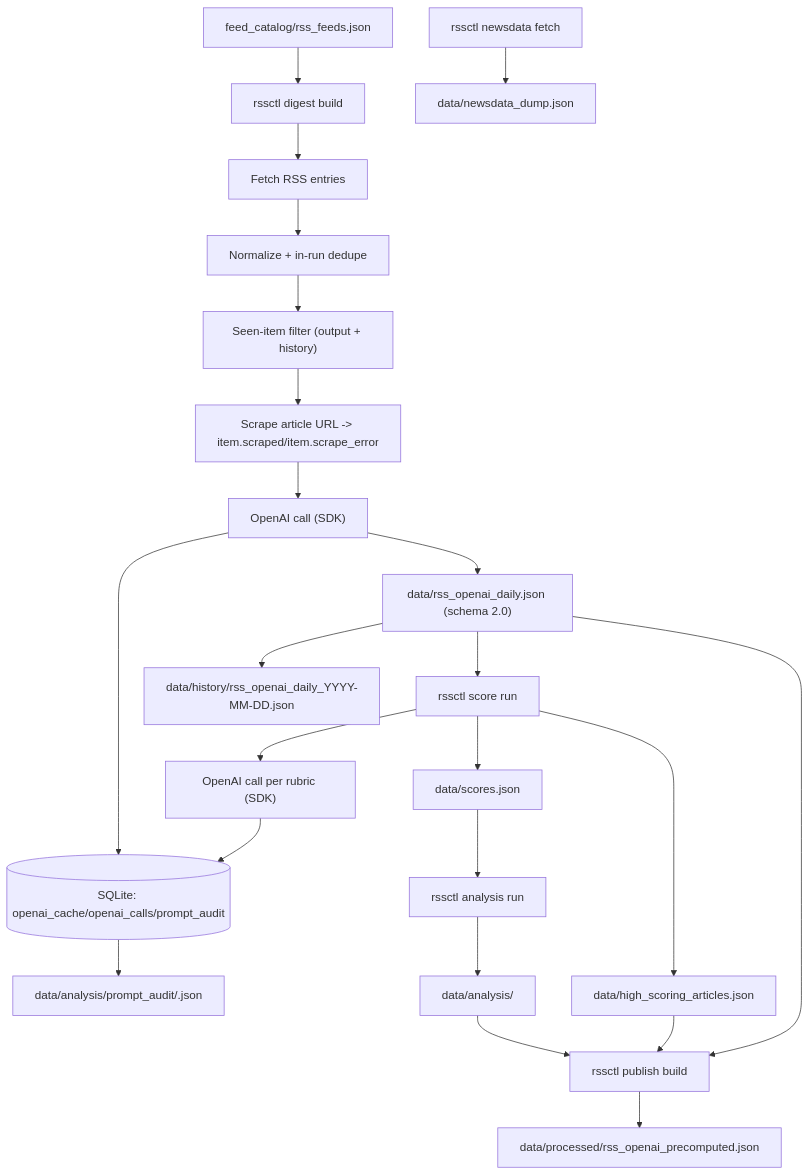
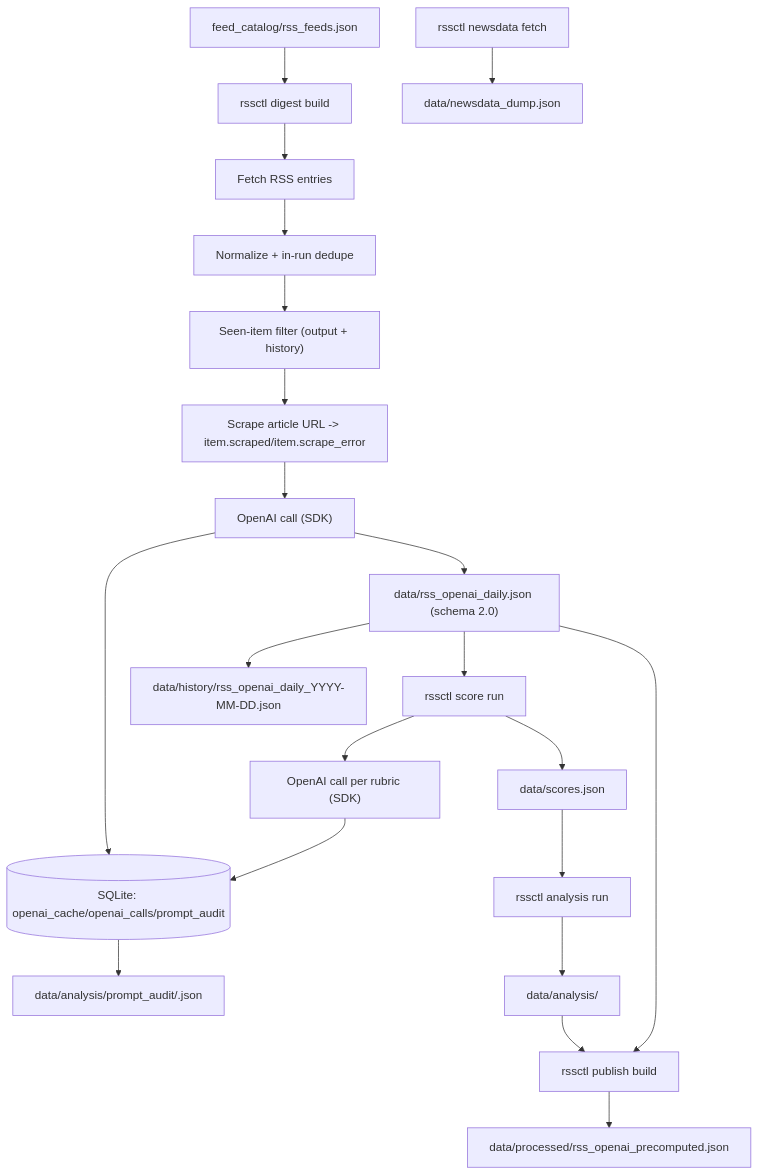
One commit to Distinction-Projects/RSS_Feeds changed the second of 3 diagrams in workflow_diagram.md. Above: the diagram before and after it, drawn with Mermaid. The commit also changed 35 other files, not shown here.

First line of the commit message:
Refactor scoring pipeline: remove high scores output, update scoring logic, and enhance prompt structure

````diff
--- a/workflow_diagram.md
+++ b/workflow_diagram.md
@@ -48,28 +48,26 @@
 ```mermaid
 flowchart TD
   Catalog["feed_catalog/rss_feeds.json"] --> Digest["rssctl digest build"]
   Digest --> Fetch["Fetch RSS entries"]
   Fetch --> Normalize["Normalize + in-run dedupe"]
   Normalize --> SeenFilter["Seen-item filter (output + history)"]
   SeenFilter --> Scrape["Scrape article URL -> item.scraped/item.scrape_error"]
   Scrape --> Summarize["OpenAI call (SDK)"]
   Summarize --> Cache[("SQLite: openai_cache/openai_calls/prompt_audit")]
   Summarize --> Daily["data/rss_openai_daily.json (schema 2.0)"]
   Daily --> History["data/history/rss_openai_daily_YYYY-MM-DD.json"]
   Cache --> PromptExport["data/analysis/prompt_audit/<run_id>.json"]
 
   Daily --> Score["rssctl score run"]
   Score --> ScoreOpenAI["OpenAI call per rubric (SDK)"]
   ScoreOpenAI --> Cache
   Score --> Scores["data/scores.json"]
-  Score --> High["data/high_scoring_articles.json"]
 
   Scores --> Analysis["rssctl analysis run"]
   Analysis --> AnalysisOut["data/analysis/"]
   AnalysisOut --> Publish["rssctl publish build"]
-  High --> Publish
   Daily --> Publish
   Publish --> Processed["data/processed/rss_openai_precomputed.json"]
 
   NewsDataFetch["rssctl newsdata fetch"] --> NewsDataDump["data/newsdata_dump.json"]
 ```
````
